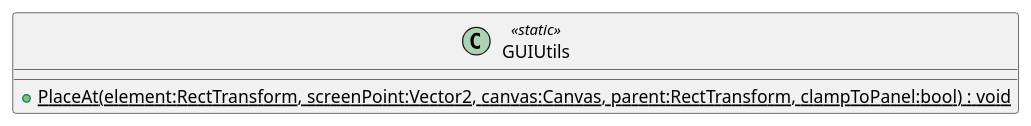
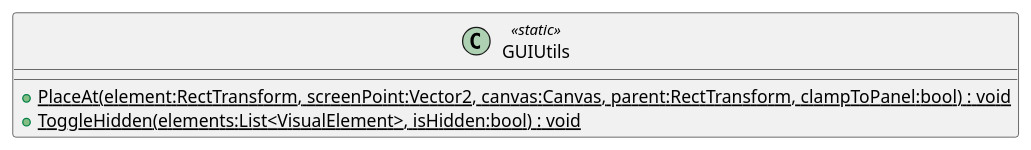
One commit to Ubus99/AVRO-Simulation changed the diagram in Assets/Documentation/UML/Scripts/UI/GUIUtils.puml. Above: the diagram before and after it, drawn with PlantUML. The commit also changed 1022 other files, not shown here.

```diff
--- a/Assets/Documentation/UML/Scripts/UI/GUIUtils.puml
+++ b/Assets/Documentation/UML/Scripts/UI/GUIUtils.puml
@@ -1,5 +1,6 @@
 @startuml
 class GUIUtils <<static>> {
     + {static} PlaceAt(element:RectTransform, screenPoint:Vector2, canvas:Canvas, parent:RectTransform, clampToPanel:bool) : void
+    + {static} ToggleHidden(elements:List<VisualElement>, isHidden:bool) : void
 }
 @enduml
```
